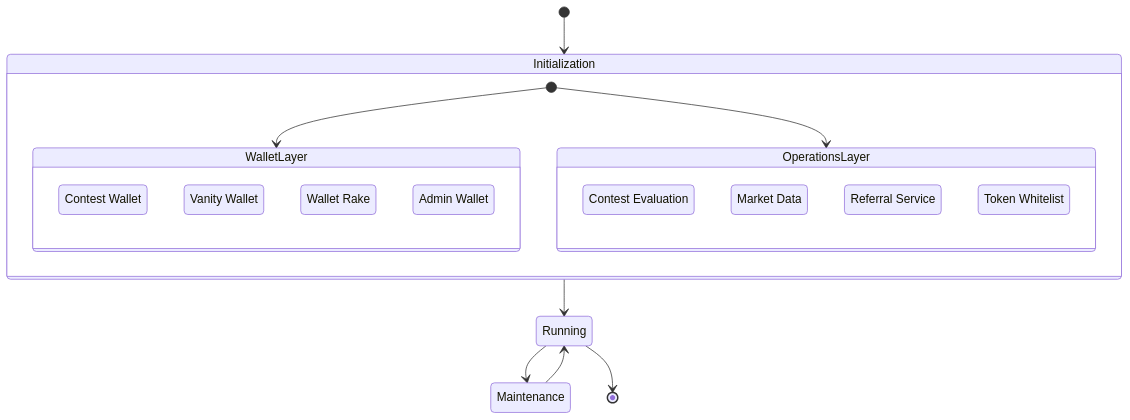
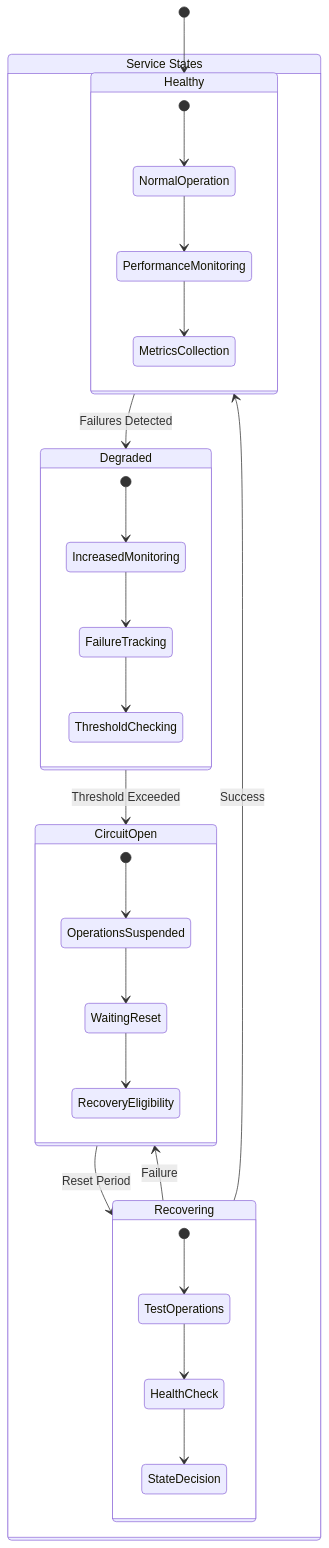
One commit to BranchManager69/degenduel changed the sixth of 16 diagrams in docs_important/Core Services/**MASTER_SERVICE_ARCHITECTURE.md. Above: the diagram before and after it, drawn with Mermaid. The commit also changed other lines of this file and 26 other files, not shown here.

````diff
--- a/docs_important/Core Services/**MASTER_SERVICE_ARCHITECTURE.md
+++ b/docs_important/Core Services/**MASTER_SERVICE_ARCHITECTURE.md
@@ -142,28 +192,36 @@
 ```mermaid
 stateDiagram-v2
-    [*] --> Initialization
+    [*] --> Healthy
     
-    state Initialization {
-        [*] --> WalletLayer
-        [*] --> OperationsLayer
+    state "Service States" as ServiceStates {
+        Healthy --> Degraded: Failures Detected
+        Degraded --> CircuitOpen: Threshold Exceeded
+        CircuitOpen --> Recovering: Reset Period
+        Recovering --> Healthy: Success
+        Recovering --> CircuitOpen: Failure
     }
     
-    state WalletLayer {
-        CW: Contest Wallet
-        VW: Vanity Wallet
-        WR: Wallet Rake
-        AW: Admin Wallet
+    state Healthy {
+        [*] --> NormalOperation
+        NormalOperation --> PerformanceMonitoring
+        PerformanceMonitoring --> MetricsCollection
     }
     
-    state OperationsLayer {
-        CE: Contest Evaluation
-        MD: Market Data
-        RF: Referral Service
-        WL: Token Whitelist
+    state Degraded {
+        [*] --> IncreasedMonitoring
+        IncreasedMonitoring --> FailureTracking
+        FailureTracking --> ThresholdChecking
     }
     
-    Initialization --> Running
-    Running --> Maintenance
-    Maintenance --> Running
-    Running --> [*]
+    state CircuitOpen {
+        [*] --> OperationsSuspended
+        OperationsSuspended --> WaitingReset
+        WaitingReset --> RecoveryEligibility
+    }
+    
+    state Recovering {
+        [*] --> TestOperations
+        TestOperations --> HealthCheck
+        HealthCheck --> StateDecision
+    }
 ```
````
